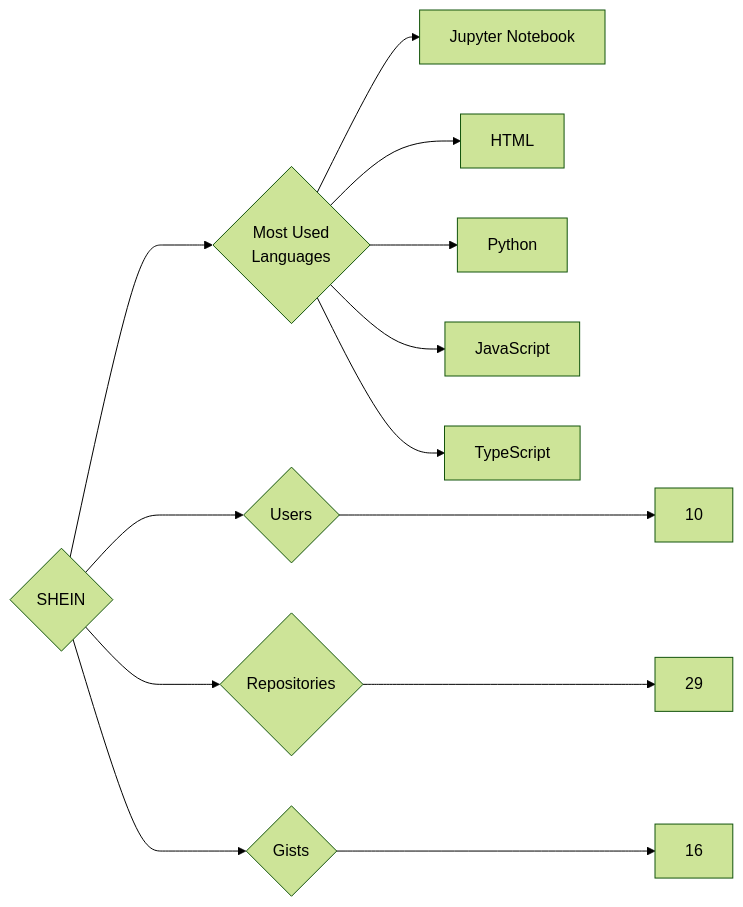
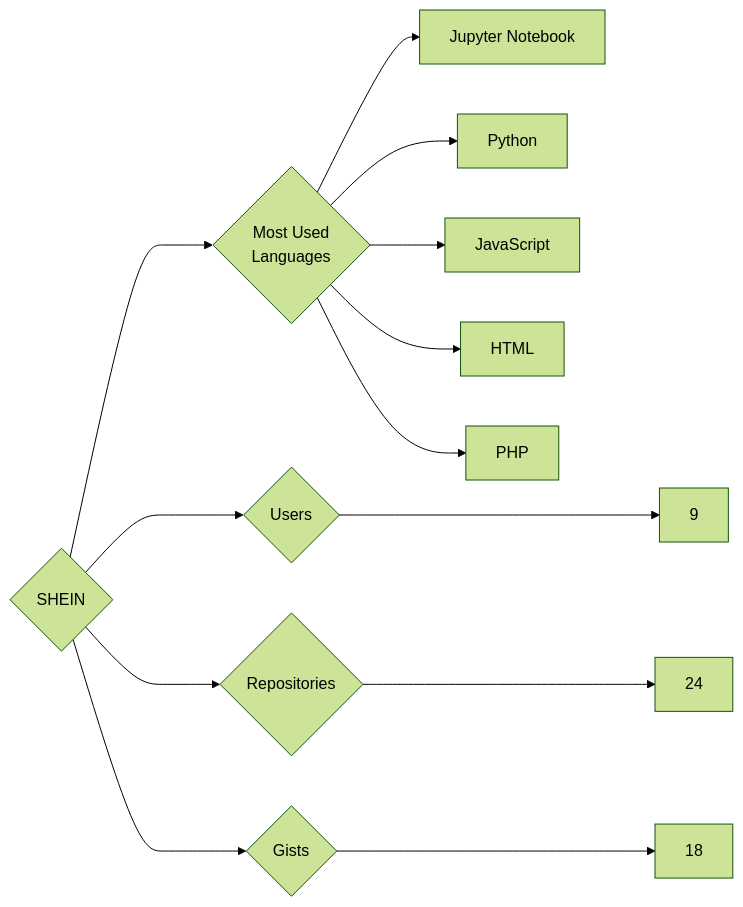
One commit to trickest/insiders changed the diagram in targets/SHEIN/README.md. Above: the diagram before and after it, drawn with Mermaid (forest theme). The commit also changed 964 other files, not shown here.

````diff
--- a/targets/SHEIN/README.md
+++ b/targets/SHEIN/README.md
@@ -3,13 +3,13 @@
 ```mermaid
 graph LR
 COMPANY_NAME{SHEIN}
-COMPANY_NAME ---> U{Users} ---> UN[10]
-COMPANY_NAME ---> R{Repositories} ---> RN[29]
-COMPANY_NAME ---> G{Gists} ---> GN[16]
+COMPANY_NAME ---> U{Users} ---> UN[9]
+COMPANY_NAME ---> R{Repositories} ---> RN[24]
+COMPANY_NAME ---> G{Gists} ---> GN[18]
 COMPANY_NAME ---> ML{Most Used<br>Languages}
 ML --> Jupyter_Notebook[Jupyter Notebook]
-ML --> HTML[HTML]
 ML --> Python[Python]
 ML --> JavaScript[JavaScript]
-ML --> TypeScript[TypeScript]
+ML --> HTML[HTML]
+ML --> PHP[PHP]
 ```
````
